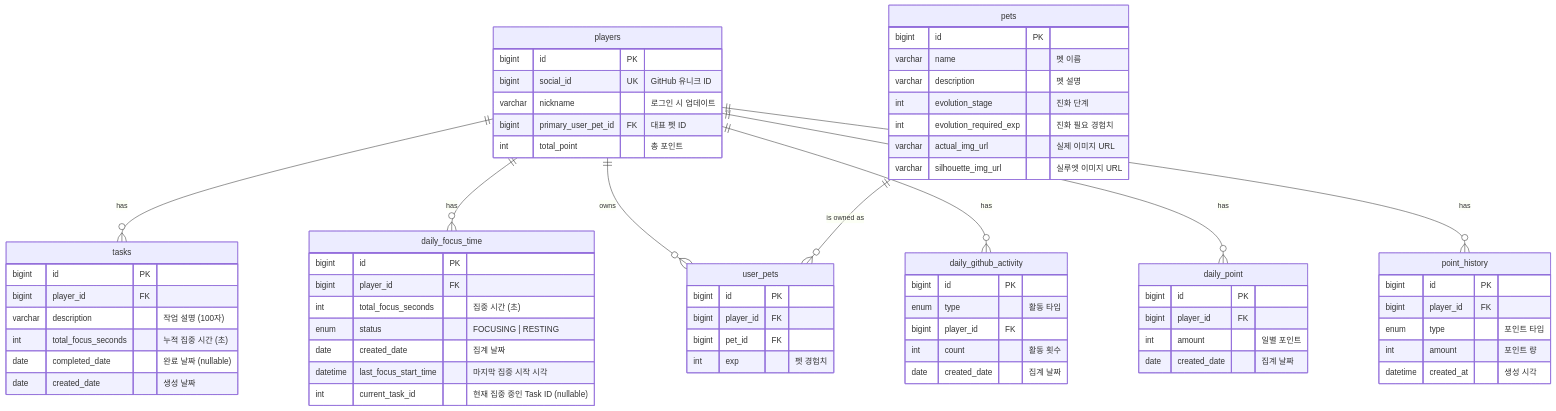
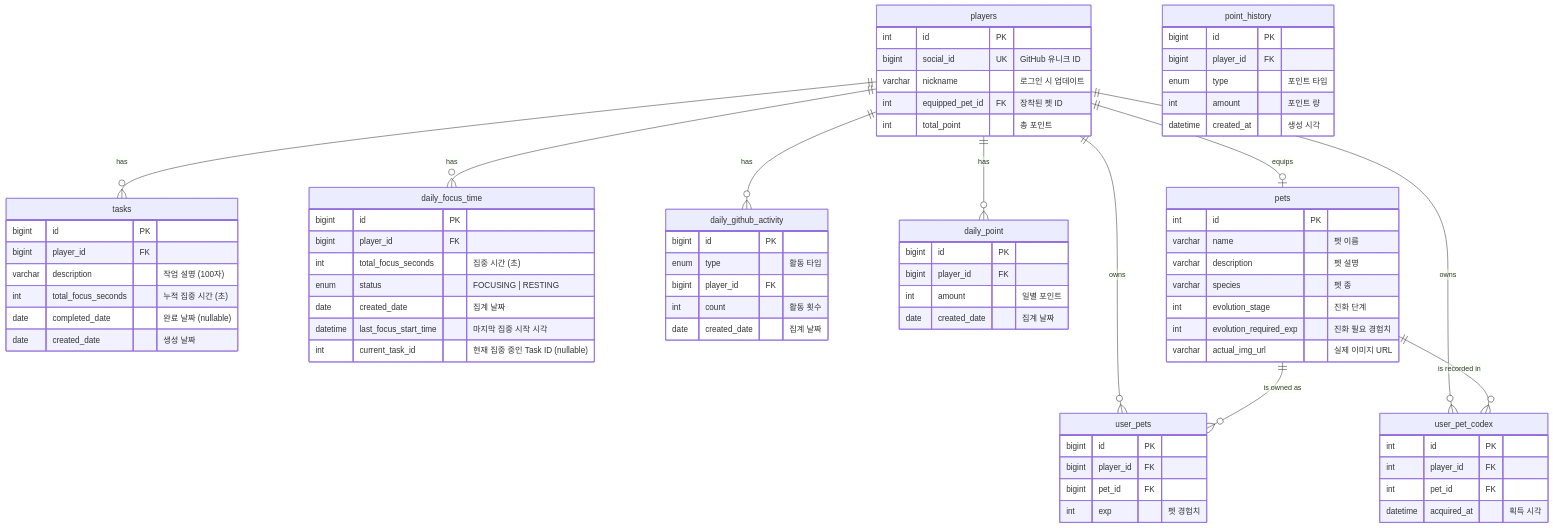
One commit to boostcampwm2025/web19-estrogenquattro changed the diagram in docs/guides/ERD.md. Above: the diagram before and after it, drawn with Mermaid. The commit also changed other lines of this file and 19 other files, not shown here.

````diff
--- a/docs/guides/ERD.md
+++ b/docs/guides/ERD.md
@@ -13,16 +13,18 @@
     players ||--o{ tasks : has
     players ||--o{ daily_focus_time : has
     players ||--o{ user_pets : owns
+    players ||--o{ user_pet_codex : owns
     players ||--o{ daily_github_activity : has
     players ||--o{ daily_point : has
-    players ||--o{ point_history : has
     pets ||--o{ user_pets : "is owned as"
+    pets ||--o{ user_pet_codex : "is recorded in"
+    players ||--o| pets : "equips"
 
     players {
-        bigint id PK
+        int id PK
         bigint social_id UK "GitHub 유니크 ID"
         varchar nickname "로그인 시 업데이트"
-        bigint primary_user_pet_id FK "대표 펫 ID"
+        int equipped_pet_id FK "장착된 펫 ID"
         int total_point "총 포인트"
     }
 
@@ -46,13 +48,13 @@
     }
 
     pets {
-        bigint id PK
+        int id PK
         varchar name "펫 이름"
         varchar description "펫 설명"
+        varchar species "펫 종"
         int evolution_stage "진화 단계"
         int evolution_required_exp "진화 필요 경험치"
         varchar actual_img_url "실제 이미지 URL"
-        varchar silhouette_img_url "실루엣 이미지 URL"
     }
 
     user_pets {
@@ -84,4 +86,11 @@
         int amount "포인트 량"
         datetime created_at "생성 시각"
     }
+
+    user_pet_codex {
+        int id PK
+        int player_id FK
+        int pet_id FK
+        datetime acquired_at "획득 시각"
+    }
 ```
````
